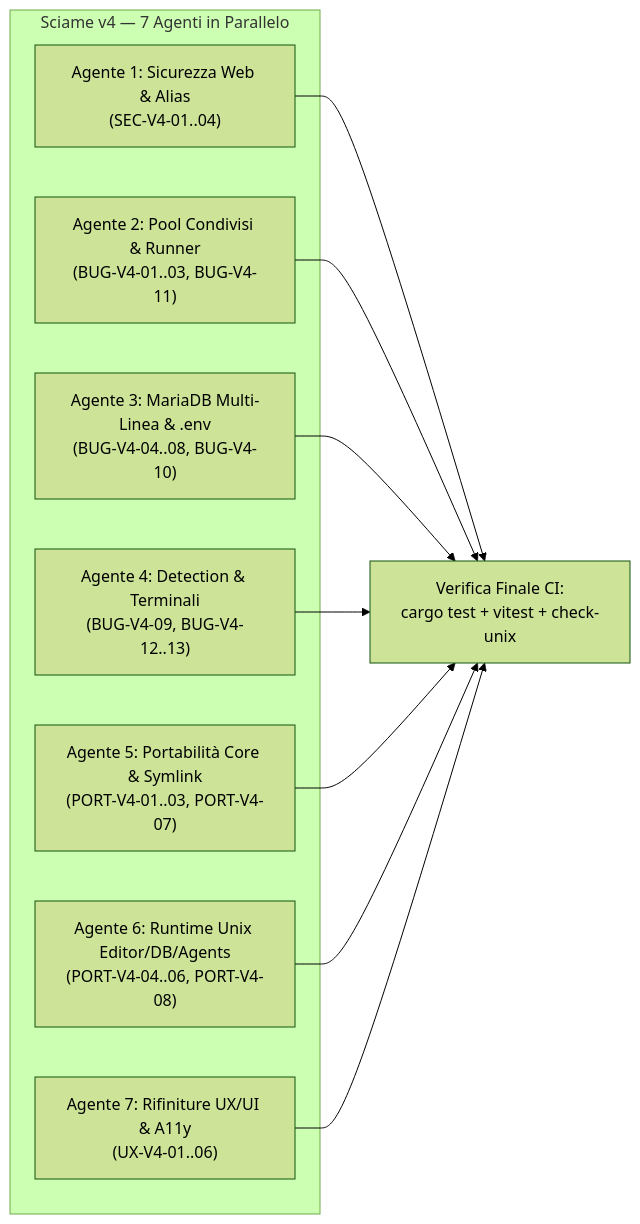
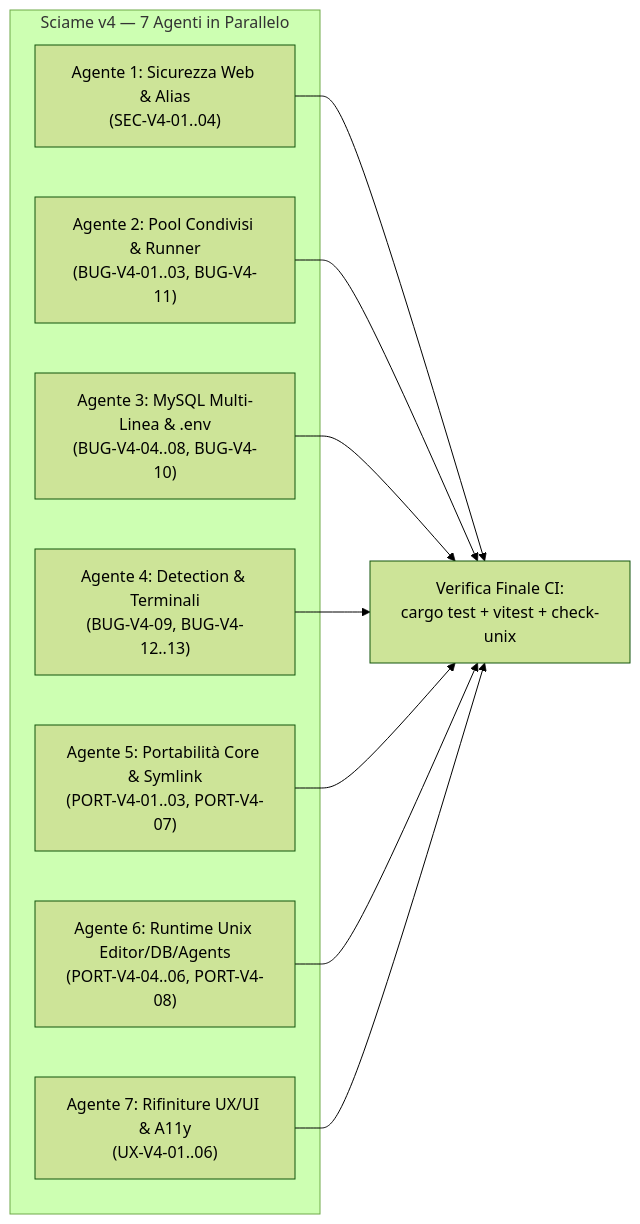
One commit to nabre/atollo changed the diagram in docs/reports/v4/07-PIANO-ESECUTIVO-PORTABILITA-E-MULTI-OS.md. Above: the diagram before and after it, drawn with Mermaid (forest theme). The commit also changed other lines of this file and 11 other files, not shown here.

````diff
--- a/docs/reports/v4/07-PIANO-ESECUTIVO-PORTABILITA-E-MULTI-OS.md
+++ b/docs/reports/v4/07-PIANO-ESECUTIVO-PORTABILITA-E-MULTI-OS.md
@@ -9,13 +9,13 @@
 ```mermaid
 flowchart LR
     subgraph SWARM["Sciame v4 — 7 Agenti in Parallelo"]
         A1["Agente 1: Sicurezza Web & Alias<br/>(SEC-V4-01..04)"]
         A2["Agente 2: Pool Condivisi & Runner<br/>(BUG-V4-01..03, BUG-V4-11)"]
-        A3["Agente 3: MariaDB Multi-Linea & .env<br/>(BUG-V4-04..08, BUG-V4-10)"]
+        A3["Agente 3: MySQL Multi-Linea & .env<br/>(BUG-V4-04..08, BUG-V4-10)"]
         A4["Agente 4: Detection & Terminali<br/>(BUG-V4-09, BUG-V4-12..13)"]
         A5["Agente 5: Portabilità Core & Symlink<br/>(PORT-V4-01..03, PORT-V4-07)"]
         A6["Agente 6: Runtime Unix Editor/DB/Agents<br/>(PORT-V4-04..06, PORT-V4-08)"]
         A7["Agente 7: Rifiniture UX/UI & A11y<br/>(UX-V4-01..06)"]
     end
     A1 & A2 & A3 & A4 & A5 & A6 & A7 --> VERIFY["Verifica Finale CI:<br/>cargo test + vitest + check-unix"]
 ```
````
